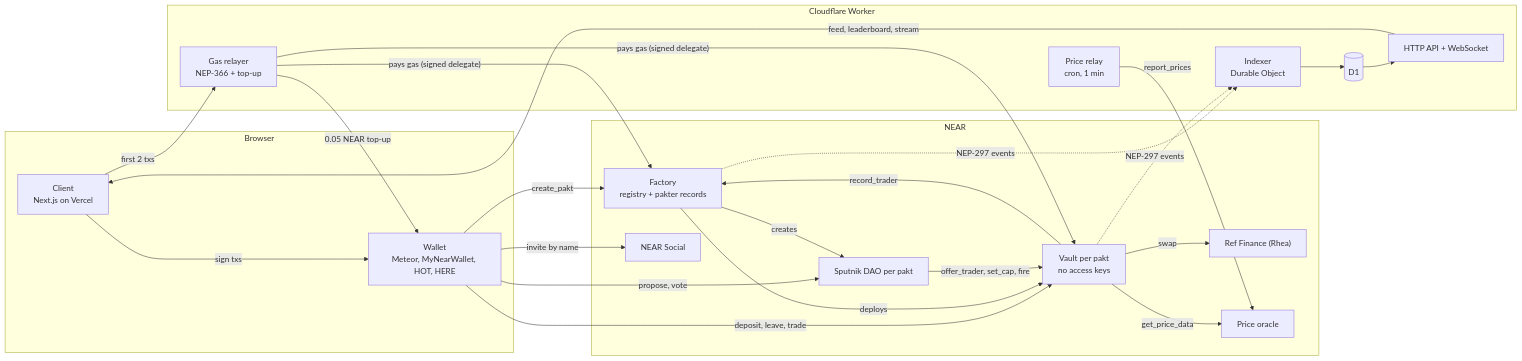
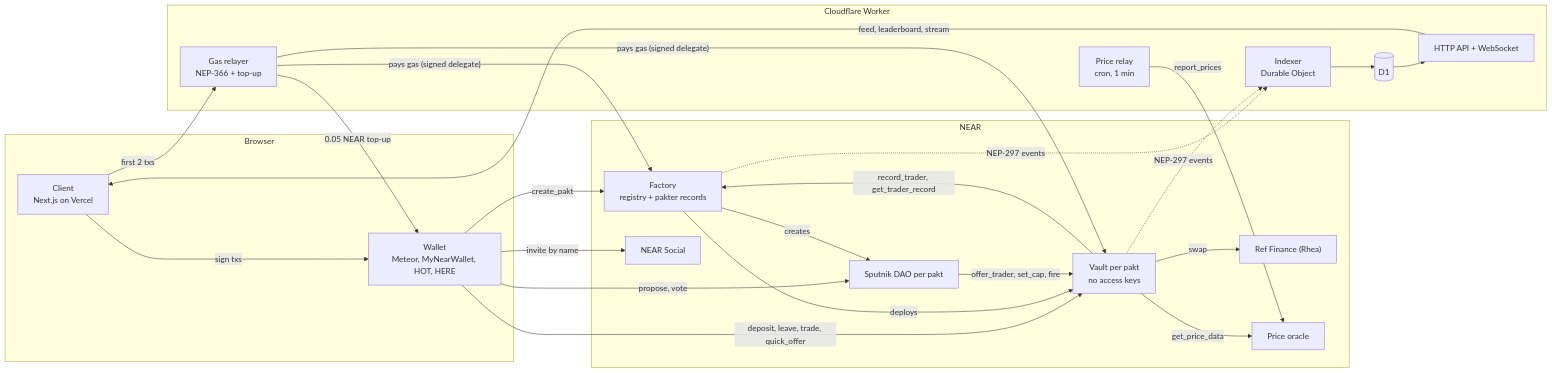
One commit to swarupasaha2005-hue/pakt changed the first of 2 diagrams in README.md. Above: the diagram before and after it, drawn with Mermaid. The commit also changed other lines of this file, not shown here.

Commit message:
readme: mainnet plan section, system diagram shows fast hire

````diff
--- a/README.md
+++ b/README.md
@@ -182,45 +195,45 @@
 ```mermaid
 flowchart LR
   subgraph User["Browser"]
     C["Client<br/>Next.js on Vercel"]
     W["Wallet<br/>Meteor, MyNearWallet, HOT, HERE"]
   end
 
   subgraph Chain["NEAR"]
     F["Factory<br/>registry + pakter records"]
     V["Vault per pakt<br/>no access keys"]
     D["Sputnik DAO per pakt"]
     R["Ref Finance (Rhea)"]
     O["Price oracle"]
     S["NEAR Social"]
   end
 
   subgraph Backend["Cloudflare Worker"]
     I["Indexer<br/>Durable Object"]
     DB[("D1")]
     API["HTTP API + WebSocket"]
     RL["Gas relayer<br/>NEP-366 + top-up"]
     PR["Price relay<br/>cron, 1 min"]
   end
 
   C -- "sign txs" --> W
   W -- "create_pakt" --> F
-  W -- "deposit, leave, trade" --> V
+  W -- "deposit, leave, trade, quick_offer" --> V
   W -- "propose, vote" --> D
   W -- "invite by name" --> S
   F -- "deploys" --> V
   F -- "creates" --> D
   D -- "offer_trader, set_cap, fire" --> V
   V -- "swap" --> R
   V -- "get_price_data" --> O
-  V -- "record_trader" --> F
+  V -- "record_trader, get_trader_record" --> F
   F -. "NEP-297 events" .-> I
   V -. "NEP-297 events" .-> I
   I --> DB --> API
   API -- "feed, leaderboard, stream" --> C
   C -- "first 2 txs" --> RL
   RL -- "pays gas (signed delegate)" --> F
   RL -- "pays gas (signed delegate)" --> V
   RL -- "0.05 NEAR top-up" --> W
   PR -- "report_prices" --> O
 ```
````
